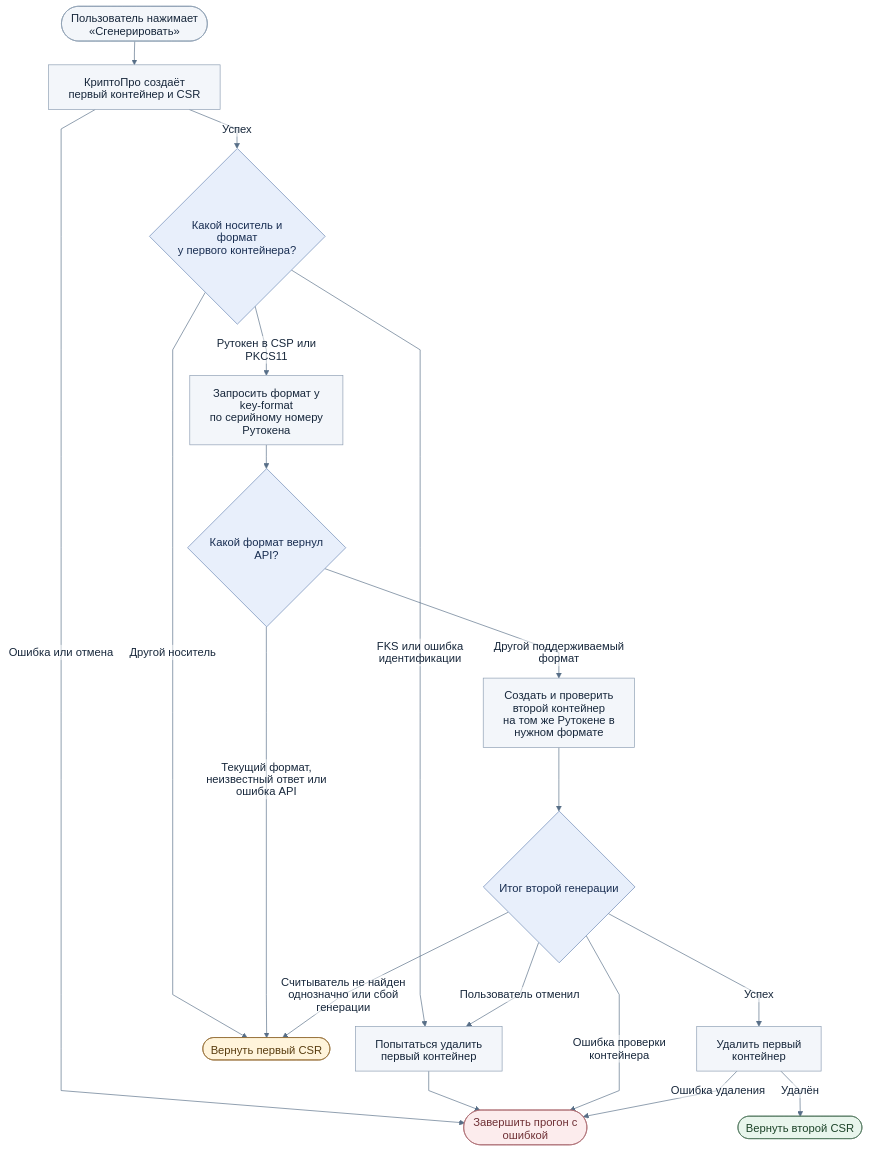
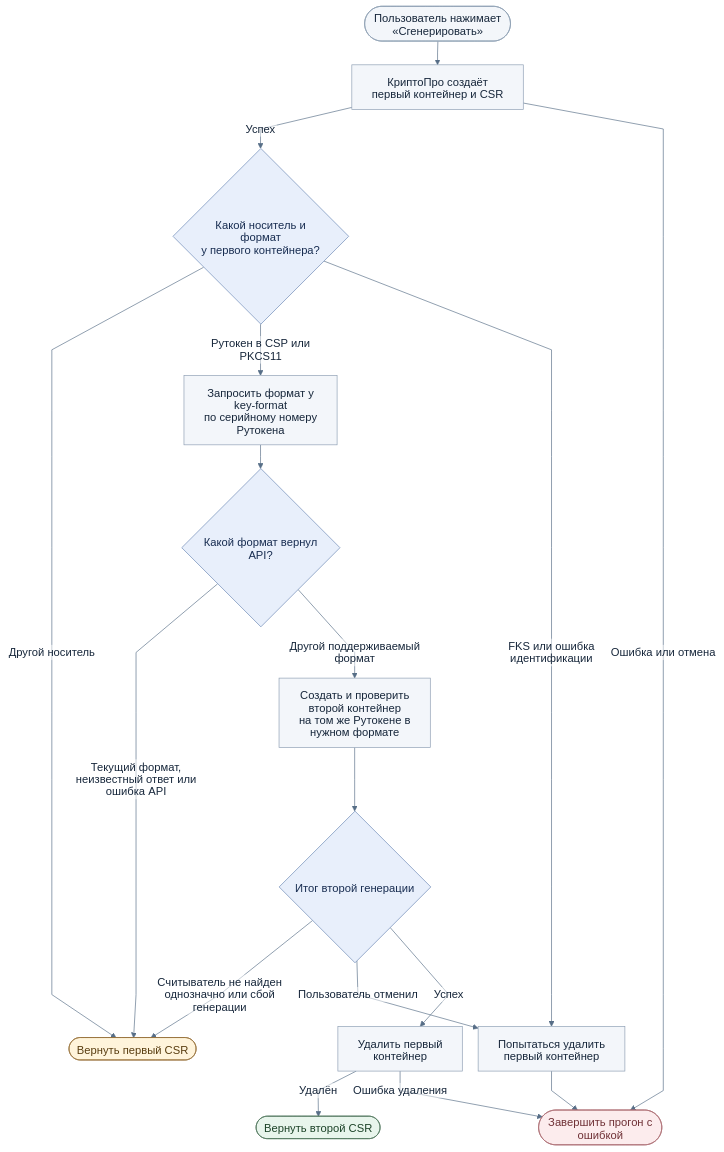
The diagram in reissue/reissue-flow.mmd (psevdomak/crypto-test), drawn with Mermaid before and after one commit. The commit also changed 2 other files, not shown here.

```diff
--- a/reissue/reissue-flow.mmd
+++ b/reissue/reissue-flow.mmd
@@ -1,61 +1,60 @@
 ---
 config:
   theme: base
   htmlLabels: false
   themeCSS: |
     text { font-family: system-ui, sans-serif; }
     .background { fill: #fff; }
   themeVariables:
     fontFamily: 'system-ui, sans-serif'
     fontSize: '17px'
     primaryColor: '#f3f6fa'
     primaryTextColor: '#17273b'
     primaryBorderColor: '#8c9db2'
     lineColor: '#576e87'
     edgeLabelBackground: '#ffffff'
   flowchart:
     curve: linear
     nodeSpacing: 24
     rankSpacing: 36
 ---
 flowchart TD
     accTitle: Динамическая генерация ключей
     accDescr: Выбор формата ключа по серийному номеру Рутокена, повторная генерация, фолбэк и очистка контейнеров.
     START([Пользователь нажимает «Сгенерировать»])
     FIRST["КриптоПро создаёт первый контейнер и CSR"]
     TOKEN{"Какой носитель и формат<br/>у первого контейнера?"}
     API["Запросить формат у key-format<br/>по серийному номеру Рутокена"]
     FORMAT{"Какой формат вернул API?"}
     SECOND["Создать и проверить второй контейнер<br/>на том же Рутокене в нужном формате"]
     RESULT{"Итог второй генерации"}
     CLEAN["Удалить первый контейнер"]
     KEEP([Вернуть первый CSR])
     DONE([Вернуть второй CSR])
     FAIL([Завершить прогон с ошибкой])
 
     START --> FIRST
     FIRST -->|Успех| TOKEN
     FIRST -->|Ошибка или отмена| FAIL
     TOKEN -->|Другой носитель| KEEP
     TOKEN -->|Рутокен в CSP или PKCS11| API
     TOKEN -->|FKS или ошибка идентификации| DROP1["Попытаться удалить первый контейнер"] --> FAIL
 
     API --> FORMAT
     FORMAT -->|Текущий формат, неизвестный ответ или ошибка API| KEEP
     FORMAT -->|Другой поддерживаемый формат| SECOND
     SECOND --> RESULT
     RESULT -->|Считыватель не найден однозначно или сбой генерации| KEEP
     RESULT -->|Пользователь отменил| DROP1
     RESULT -->|Успех| CLEAN
-    RESULT -->|Ошибка проверки контейнера| FAIL
     CLEAN -->|Удалён| DONE
     CLEAN -->|Ошибка удаления| FAIL
 
     classDef choice fill:#e8effb,stroke:#6986b3,color:#182d51
     classDef success fill:#e8f5ec,stroke:#52785d,color:#1c4328
     classDef fallback fill:#fff4db,stroke:#97713a,color:#593d10
     classDef failure fill:#fceced,stroke:#ab6c72,color:#6f3136
     class TOKEN,FORMAT,RESULT choice
     class DONE success
     class KEEP fallback
     class FAIL failure
```
